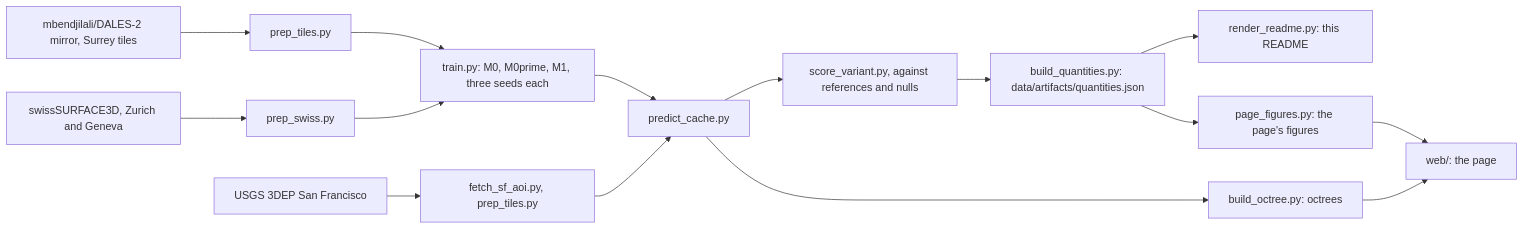
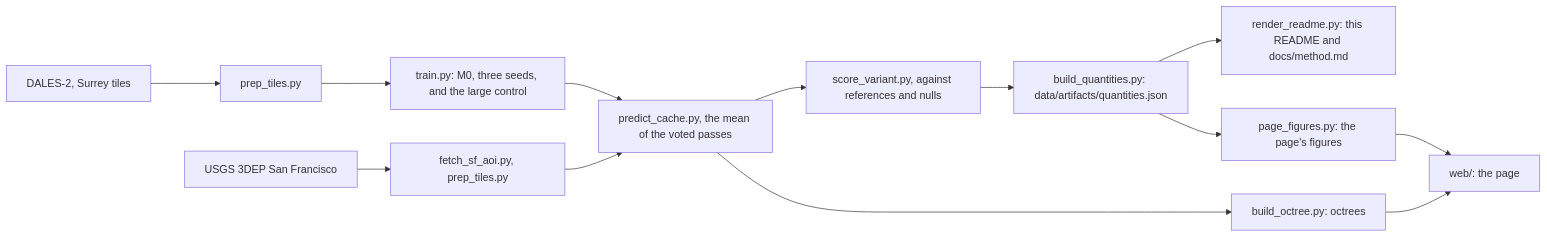
One commit to markolivaic/surrey changed the diagram in README.md. Above: the diagram before and after it, drawn with Mermaid. The commit also changed other lines of this file and 61 other files, not shown here.

````diff
--- a/README.md
+++ b/README.md
@@ -33,17 +115,15 @@
 ```mermaid
 flowchart LR
-  D[mbendjilali/DALES-2 mirror, Surrey tiles] --> PT[prep_tiles.py]
-  S[swissSURFACE3D, Zurich and Geneva] --> PS[prep_swiss.py]
-  PT --> TR[train.py: M0, M0prime, M1, three seeds each]
-  PS --> TR
+  D[DALES-2, Surrey tiles] --> PT[prep_tiles.py]
+  PT --> TR[train.py: M0, three seeds, and the large control]
   F[USGS 3DEP San Francisco] --> PF[fetch_sf_aoi.py, prep_tiles.py]
-  TR --> PR[predict_cache.py]
+  TR --> PR[predict_cache.py, the mean of the voted passes]
   PF --> PR
   PR --> SC[score_variant.py, against references and nulls]
   SC --> RG[build_quantities.py: data/artifacts/quantities.json]
-  RG --> RM[render_readme.py: this README]
+  RG --> RM[render_readme.py: this README and docs/method.md]
   RG --> PG[page_figures.py: the page's figures]
   PR --> OC[build_octree.py: octrees]
   OC --> WEB[web/: the page]
   PG --> WEB
 ```
````
